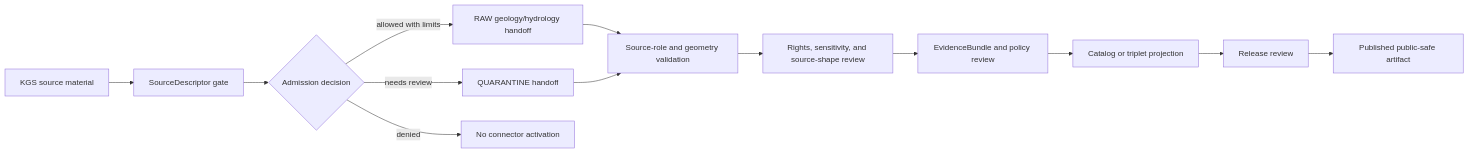
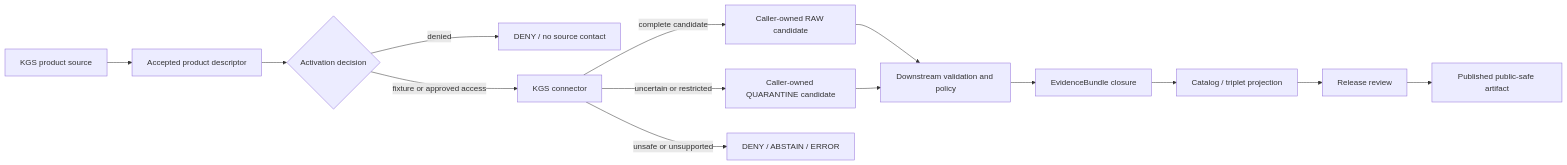
One commit to bartytime4life/Kansas-Frontier-Matrix changed the diagram in connectors/kgs/README.md. Above: the diagram before and after it, drawn with Mermaid. The commit also changed other lines of this file, not shown here.

Commit message:
docs(connectors): revise KGS root compatibility boundary

````diff
--- a/connectors/kgs/README.md
+++ b/connectors/kgs/README.md
@@ -149,15 +496,16 @@
 ```mermaid
 flowchart LR
-  A[KGS source material] --> B[SourceDescriptor gate]
-  B --> C{Admission decision}
-  C -->|allowed with limits| D[RAW geology/hydrology handoff]
-  C -->|needs review| Q[QUARANTINE handoff]
-  C -->|denied| X[No connector activation]
-  D --> E[Source-role and geometry validation]
-  Q --> E
-  E --> F[Rights, sensitivity, and source-shape review]
-  F --> G[EvidenceBundle and policy review]
-  G --> H[Catalog or triplet projection]
-  H --> I[Release review]
-  I --> P[Published public-safe artifact]
+    S[KGS product source] --> D[Accepted product descriptor]
+    D --> A{Activation decision}
+    A -->|denied| X[DENY / no source contact]
+    A -->|fixture or approved access| C[KGS connector]
+    C -->|complete candidate| R[Caller-owned RAW candidate]
+    C -->|uncertain or restricted| Q[Caller-owned QUARANTINE candidate]
+    C -->|unsafe or unsupported| F[DENY / ABSTAIN / ERROR]
+    R --> V[Downstream validation and policy]
+    Q --> V
+    V --> E[EvidenceBundle closure]
+    E --> G[Catalog / triplet projection]
+    G --> L[Release review]
+    L --> P[Published public-safe artifact]
 ```
````
